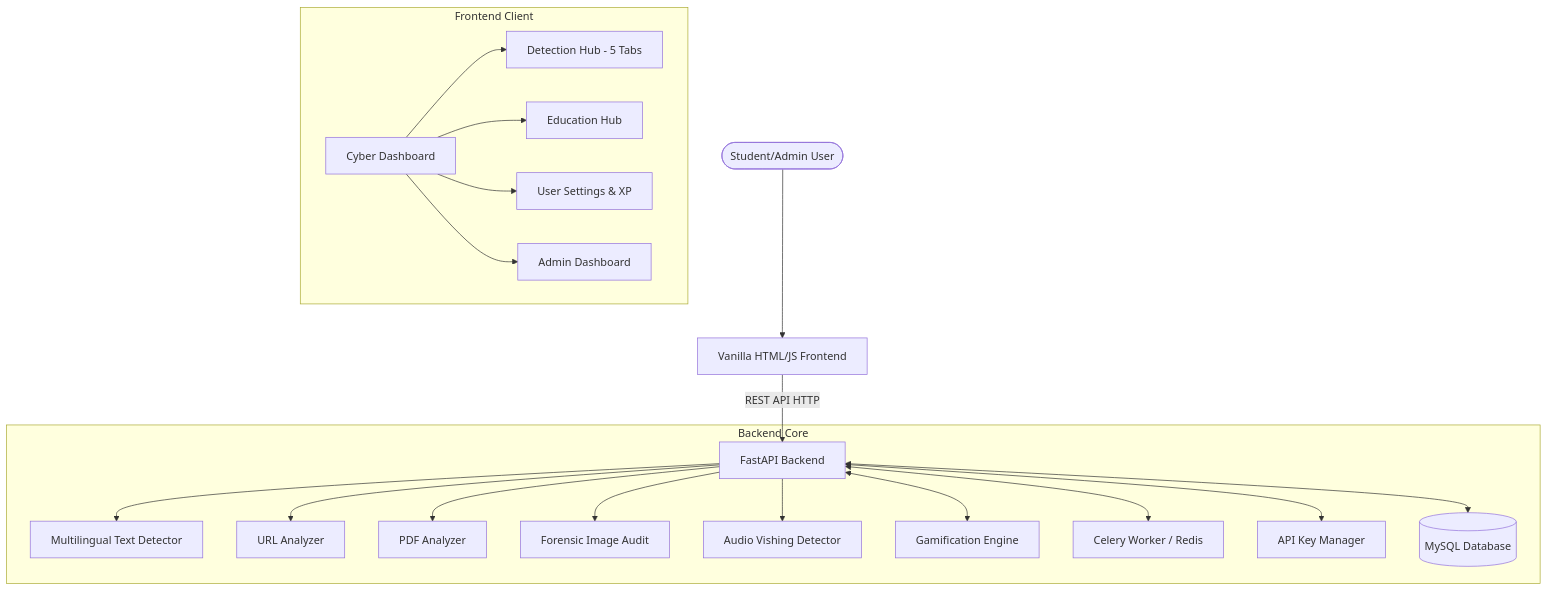
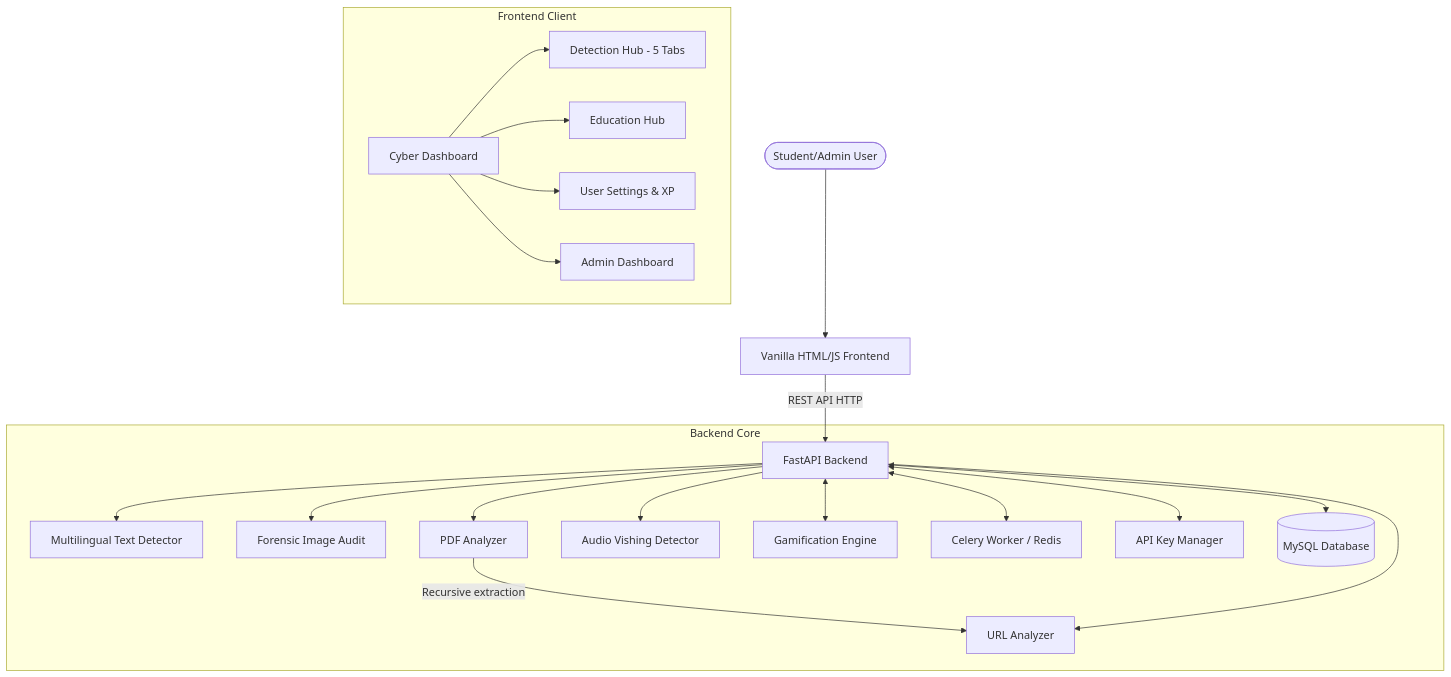
Before and after one commit to FerretyCobra/CyberShield-EDU: the diagram in docs/architecture.md, drawn with Mermaid. The commit also changed other lines of this file and 4 other files, not shown here.

Commit message:
feat: add PDF forensic analysis, documentation, and phishing simulation interface

````diff
--- a/docs/architecture.md
+++ b/docs/architecture.md
@@ -7,25 +7,26 @@
 ```mermaid
 graph TD
     User([Student/Admin User]) --> Frontend[Vanilla HTML/JS Frontend]
     Frontend -->|REST API HTTP| Backend[FastAPI Backend]
 
     subgraph Backend Core
         Backend --> DetectText[Multilingual Text Detector]
-        Backend --> DetectURL[URL Analyzer]
+        Backend --> DetectImg[Forensic Image Audit]
         Backend --> DetectPDF[PDF Analyzer]
-        Backend --> DetectImg[Forensic Image Audit]
+        DetectPDF -->|Recursive extraction| DetectURL[URL Analyzer]
+        Backend --> DetectURL
         Backend --> DetectAudio[Audio Vishing Detector]
         
         Backend <--> GamifService[Gamification Engine]
         Backend <--> Worker[Celery Worker / Redis]
         Backend <--> KeyService[API Key Manager]
         Backend <--> DB[(MySQL Database)]
     end
     
     subgraph Frontend Client
         Dashboard[Cyber Dashboard] --> DetectionUI[Detection Hub - 5 Tabs]
         Dashboard --> AwarenessUI[Education Hub]
         Dashboard --> ProfileUI[User Settings & XP]
         Dashboard --> AdminUI[Admin Dashboard]
     end
 ```
````
